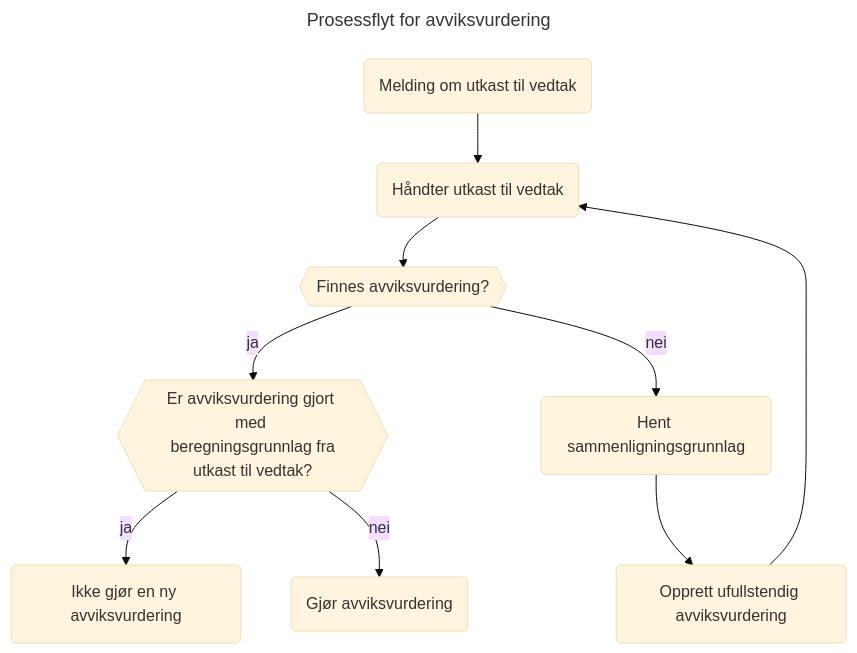
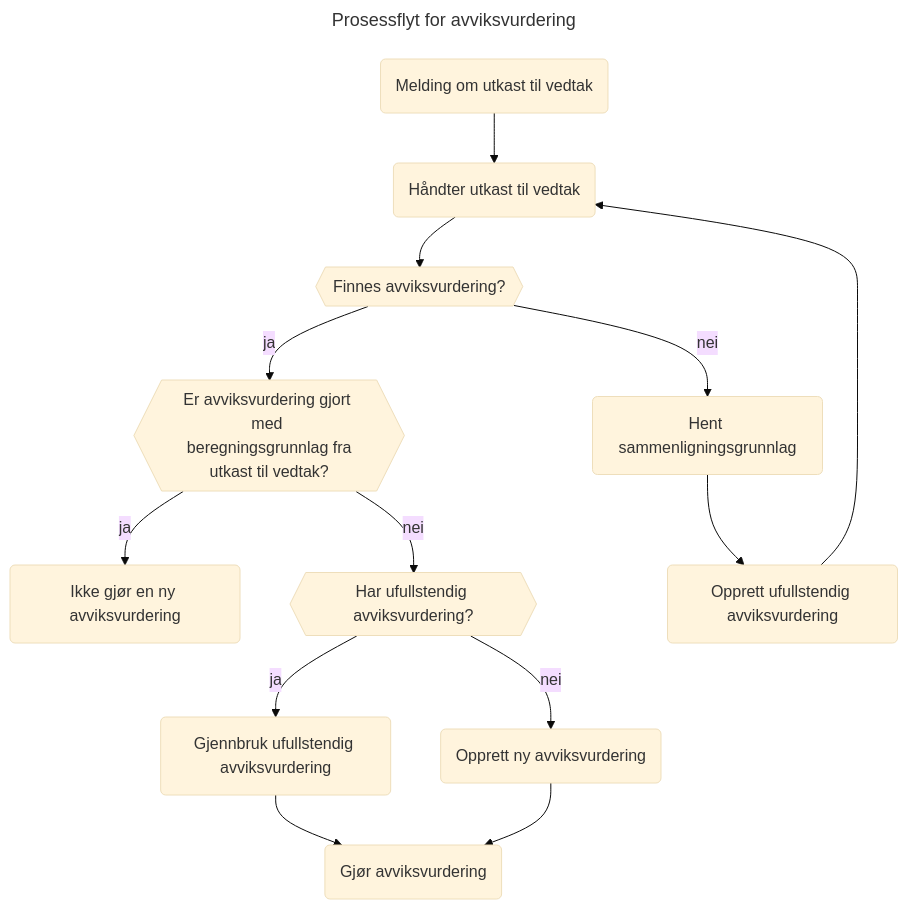
One commit to navikt/helse-spinnvill changed the first of 2 diagrams in README.md. Above: the diagram before and after it, drawn with Mermaid (base theme).

Commit message:
📝 Oppdaterer prosessflyt med håndtering av ufullstendig avviksvurdering

````diff
--- a/README.md
+++ b/README.md
@@ -21,20 +21,26 @@
 ```mermaid
 ---
 title: Prosessflyt for avviksvurdering
 ---
 flowchart TD
     start(Melding om utkast til vedtak)
     utkast(Håndter utkast til vedtak)
     avviksvurdering_finnes{{Finnes avviksvurdering?}}
     ny_avviksvurdering(Opprett ufullstendig avviksvurdering)
     avviksvurdering_gjort{{Er avviksvurdering gjort med <br> beregningsgrunnlag fra utkast til vedtak?}}
     hent_sammenligningsgrunnlag(Hent sammenligningsgrunnlag)
     gjør_avviksvurdering(Gjør avviksvurdering)
     ikke_gjør_avviksvurdering(Ikke gjør en ny avviksvurdering)
+    har_ufulstendig_avviksvurdering{{Har ufullstendig avviksvurdering?}}
+    gjennbruk_avviksvurdering(Gjennbruk ufullstendig avviksvurdering)
+    opprett_avviksvurdering(Opprett ny avviksvurdering)
     
     start --> utkast --> avviksvurdering_finnes
     avviksvurdering_finnes -- ja --> avviksvurdering_gjort
     avviksvurdering_finnes -- nei --> hent_sammenligningsgrunnlag --> ny_avviksvurdering --> utkast
     avviksvurdering_gjort -- ja --> ikke_gjør_avviksvurdering
-    avviksvurdering_gjort -- nei --> gjør_avviksvurdering
+    avviksvurdering_gjort -- nei --> har_ufulstendig_avviksvurdering
+    har_ufulstendig_avviksvurdering -- ja --> gjennbruk_avviksvurdering
+    har_ufulstendig_avviksvurdering -- nei --> opprett_avviksvurdering
+    gjennbruk_avviksvurdering & opprett_avviksvurdering --> gjør_avviksvurdering
 ```
````
